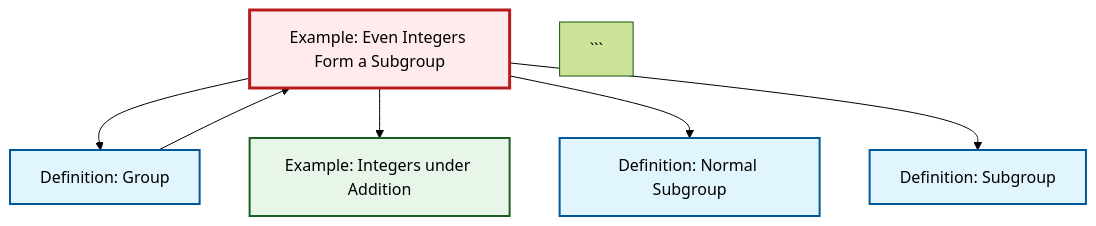
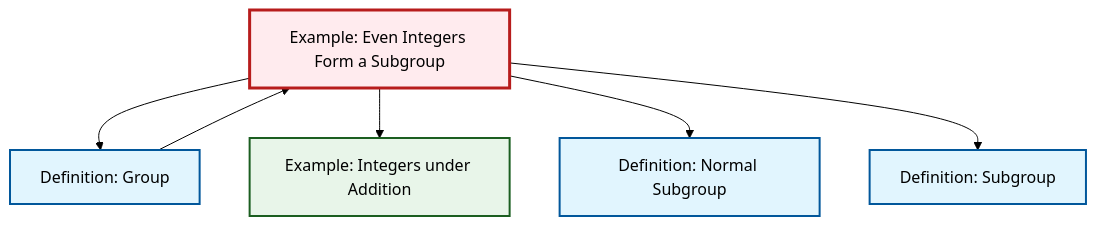
The diagram in output/mermaid/ex-even-integers-subgroup.mermaid (RK0429/ModernMath), drawn with Mermaid (forest theme) before and after one commit. The commit also changed 1197 other files, not shown here.

````diff
--- a/output/mermaid/ex-even-integers-subgroup.mermaid
+++ b/output/mermaid/ex-even-integers-subgroup.mermaid
@@ -1,19 +1,18 @@
 %%| fig-cap: "Local dependency graph"
 graph TD
     classDef definition fill:#e1f5fe,stroke:#01579b,stroke-width:2px
     classDef theorem fill:#f3e5f5,stroke:#4a148c,stroke-width:2px
     classDef axiom fill:#fff3e0,stroke:#e65100,stroke-width:2px
     classDef example fill:#e8f5e9,stroke:#1b5e20,stroke-width:2px
     classDef current fill:#ffebee,stroke:#b71c1c,stroke-width:3px
+    def-normal-subgroup["Definition: Normal Subgroup"]:::definition
+    ex-integers-addition["Example: Integers under Addition"]:::example
     ex-even-integers-subgroup["Example: Even Integers Form a Subgroup"]:::example
-    ex-integers-addition["Example: Integers under Addition"]:::example
     def-subgroup["Definition: Subgroup"]:::definition
     def-group["Definition: Group"]:::definition
-    def-normal-subgroup["Definition: Normal Subgroup"]:::definition
     ex-even-integers-subgroup --> def-group
+    def-group --> ex-even-integers-subgroup
     ex-even-integers-subgroup --> ex-integers-addition
     ex-even-integers-subgroup --> def-normal-subgroup
-    def-group --> ex-even-integers-subgroup
     ex-even-integers-subgroup --> def-subgroup
     class ex-even-integers-subgroup current
-```
````
